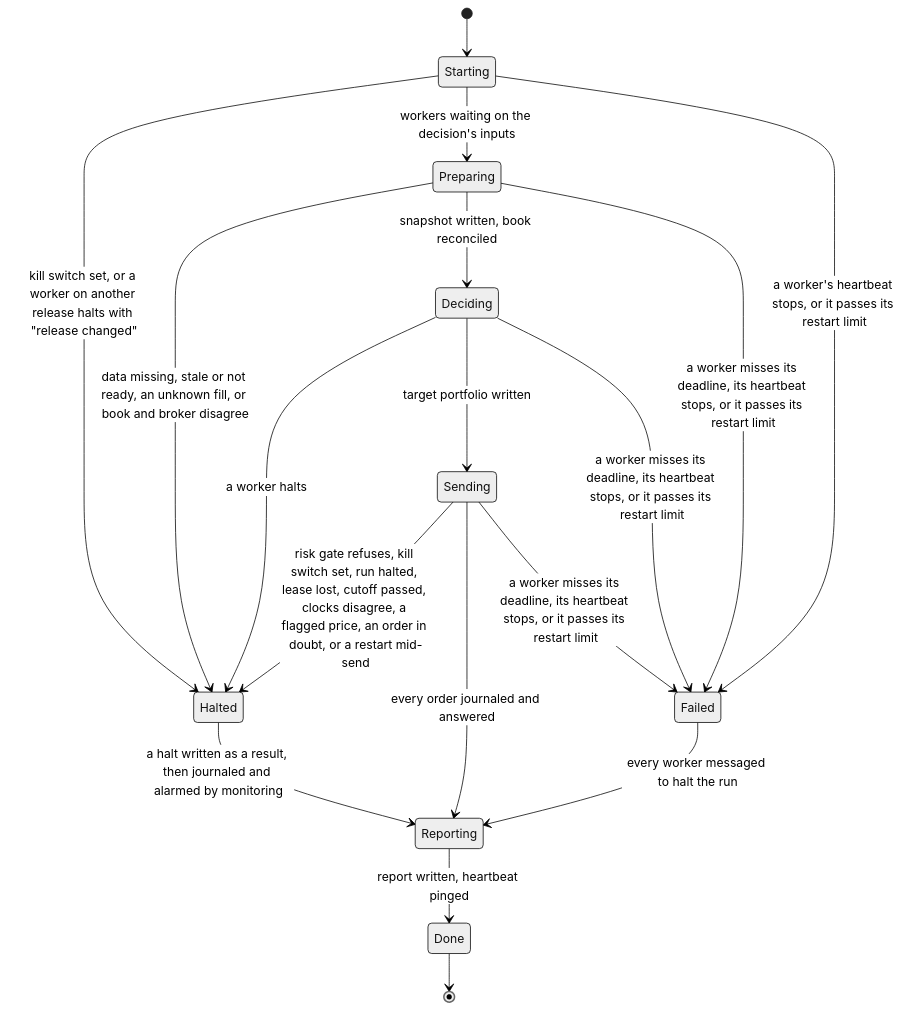
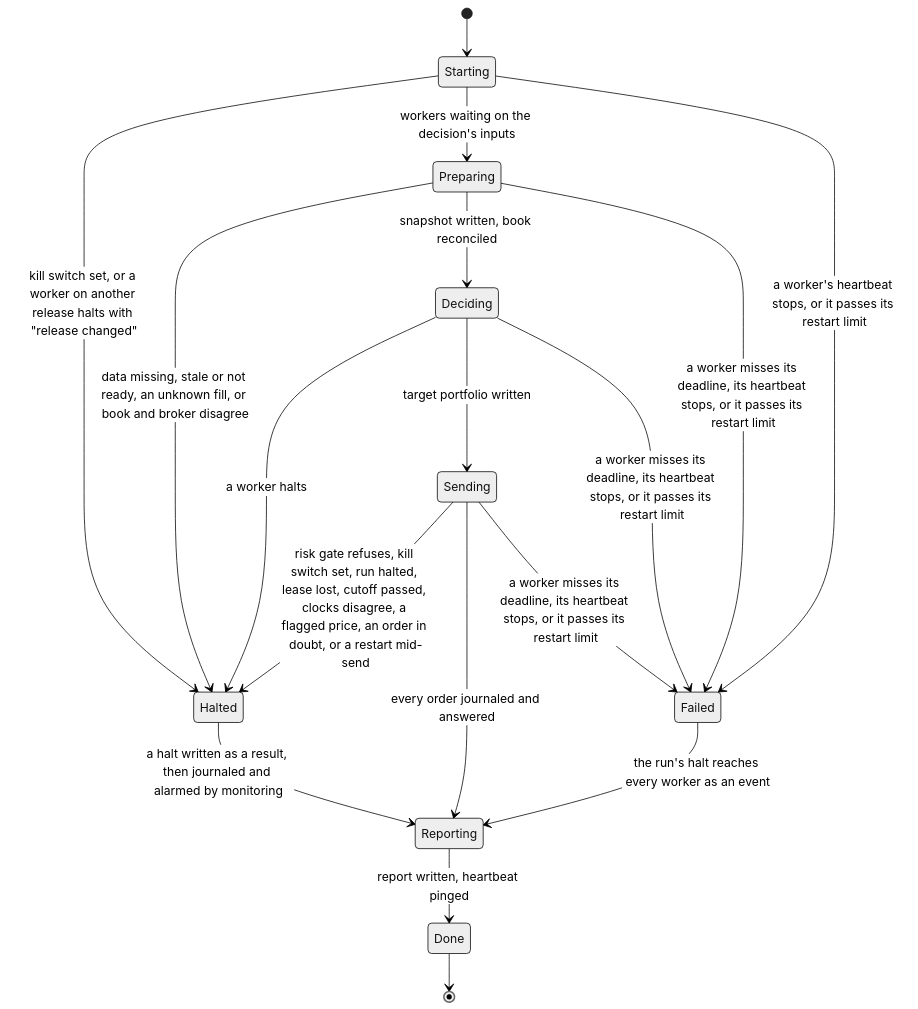
Before and after one commit to l3a0/ithildin-runtime: diagram 13 of 16 in docs/architecture.md, drawn with Mermaid (neutral theme). The commit also changed other lines of this file and 1 other file, not shown here.

````diff
--- a/docs/architecture.md
+++ b/docs/architecture.md
@@ -1535,20 +1530,20 @@
 ```mermaid
 stateDiagram-v2
     [*] --> Starting
     Starting --> Halted: kill switch set, or a worker on another release halts with "release changed"
     Starting --> Preparing: workers waiting on the decision's inputs
     Preparing --> Halted: data missing, stale or not ready, an unknown fill, or book and broker disagree
     Preparing --> Deciding: snapshot written, book reconciled
     Deciding --> Halted: a worker halts
     Deciding --> Sending: target portfolio written
     Sending --> Halted: risk gate refuses, kill switch set, run halted, lease lost, cutoff passed, clocks disagree, a flagged price, an order in doubt, or a restart mid-send
     Sending --> Reporting: every order journaled and answered
     Halted --> Reporting: a halt written as a result, then journaled and alarmed by monitoring
     Reporting --> Done: report written, heartbeat pinged
     Done --> [*]
     Starting --> Failed: a worker's heartbeat stops, or it passes its restart limit
     Preparing --> Failed: a worker misses its deadline, its heartbeat stops, or it passes its restart limit
     Deciding --> Failed: a worker misses its deadline, its heartbeat stops, or it passes its restart limit
     Sending --> Failed: a worker misses its deadline, its heartbeat stops, or it passes its restart limit
-    Failed --> Reporting: every worker messaged to halt the run
+    Failed --> Reporting: the run's halt reaches every worker as an event
 ```
````
